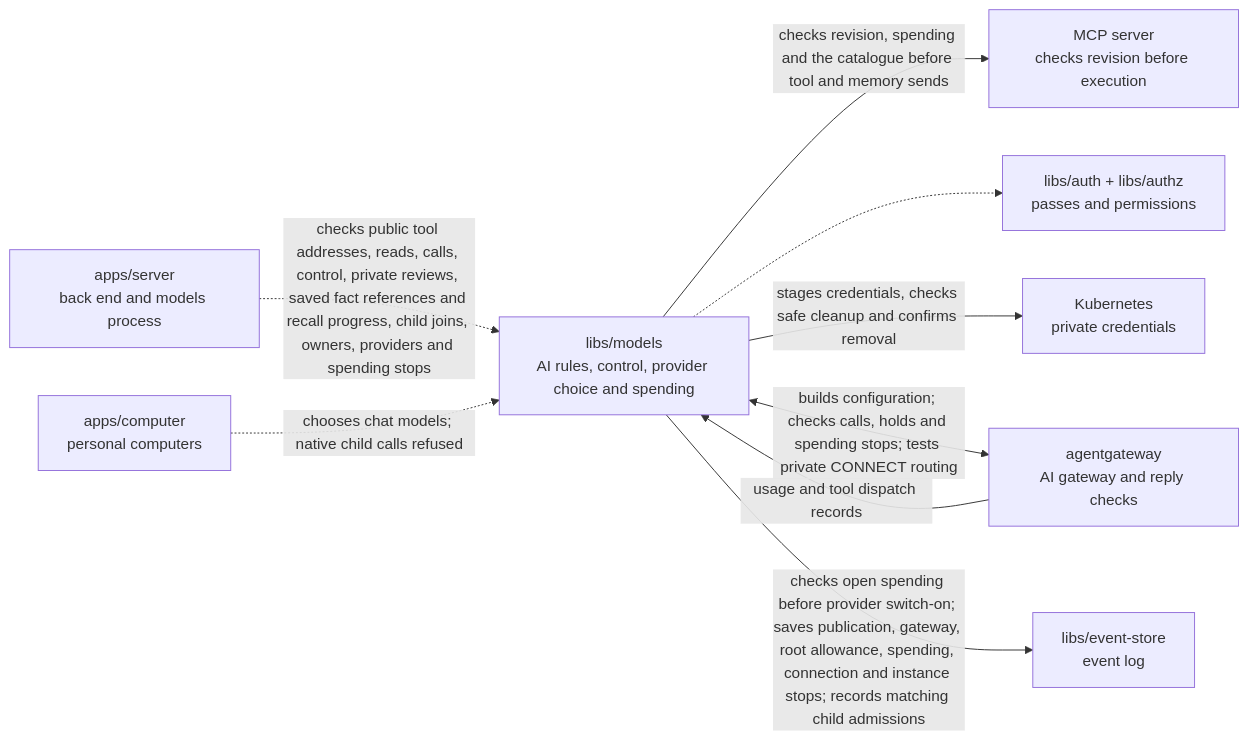
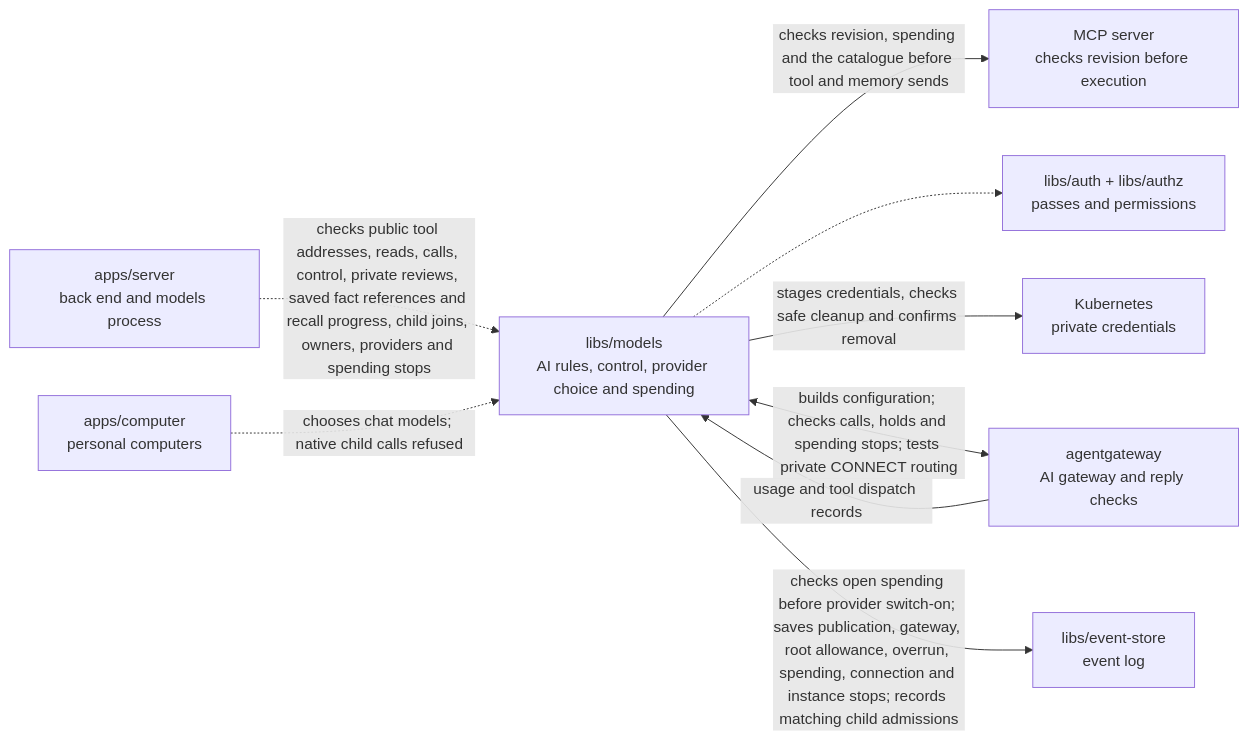
The diagram in libs/models/README.md (elewa-git/opencrane-new), drawn with Mermaid before and after one commit. The commit also changed other lines of this file and 8 other files, not shown here.

````diff
--- a/libs/models/README.md
+++ b/libs/models/README.md
@@ -14,11 +14,11 @@
 ```mermaid
 flowchart LR
   server["apps/server<br/>back end and models process"] -.->|checks public tool addresses, reads, calls, control, private reviews, saved fact references and recall progress, child joins, owners, providers and spending stops| models["libs/models<br/>AI rules, control, provider choice and spending"]
   models -->|checks revision, spending and the catalogue before tool and memory sends| mcp["MCP server<br/>checks revision before execution"]
   computer["apps/computer<br/>personal computers"] -.->|chooses chat models; native child calls refused| models
   models -.-> auth["libs/auth + libs/authz<br/>passes and permissions"]
   models -->|stages credentials, checks safe cleanup and confirms removal| custody["Kubernetes<br/>private credentials"]
   models <-->|builds configuration; checks calls, holds and spending stops; tests private CONNECT routing| gateway["agentgateway<br/>AI gateway and reply checks"]
   gateway -->|usage and tool dispatch records| models
-  models -->|checks open spending before provider switch-on; saves publication, gateway, root allowance, spending, connection and instance stops; records matching child admissions| store["libs/event-store<br/>event log"]
+  models -->|checks open spending before provider switch-on; saves publication, gateway, root allowance, overrun, spending, connection and instance stops; records matching child admissions| store["libs/event-store<br/>event log"]
 ```
````
